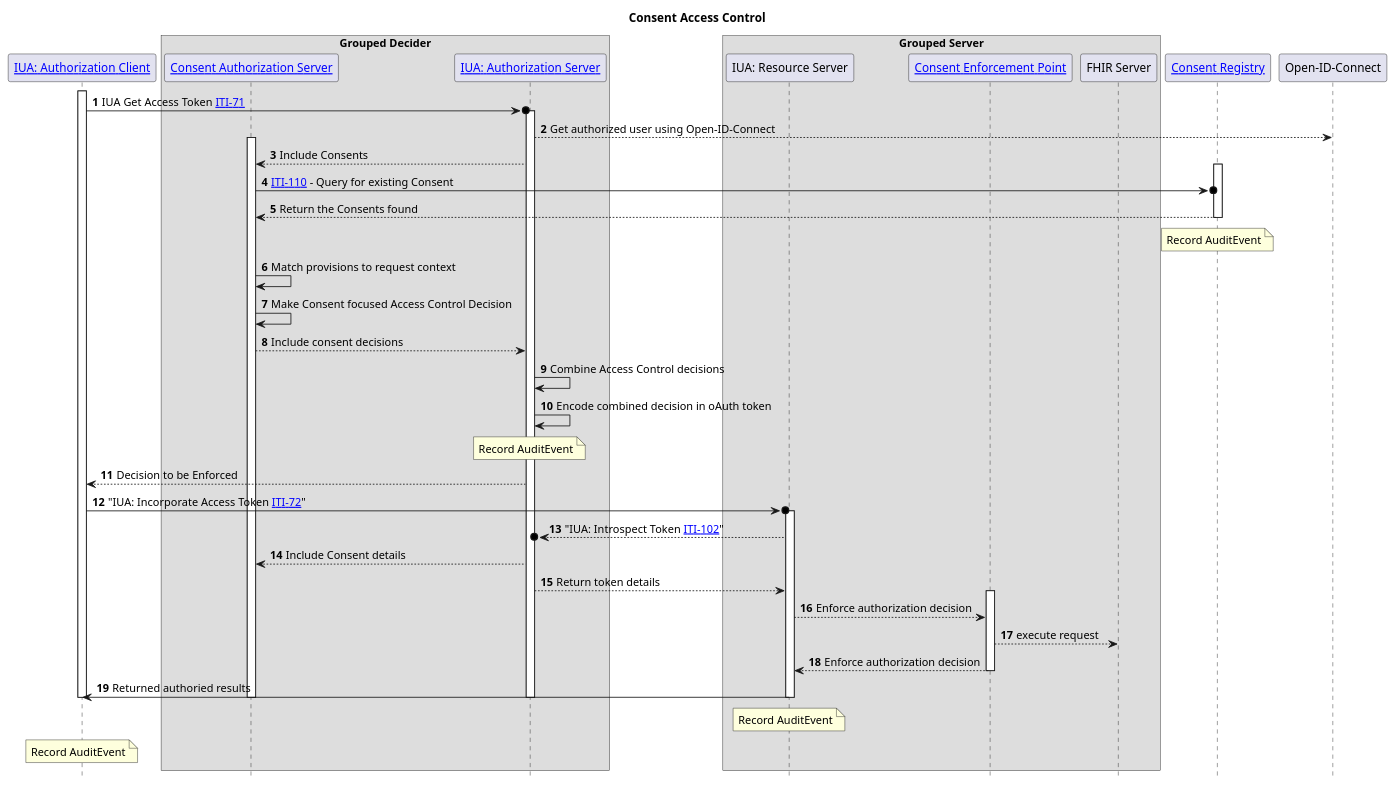
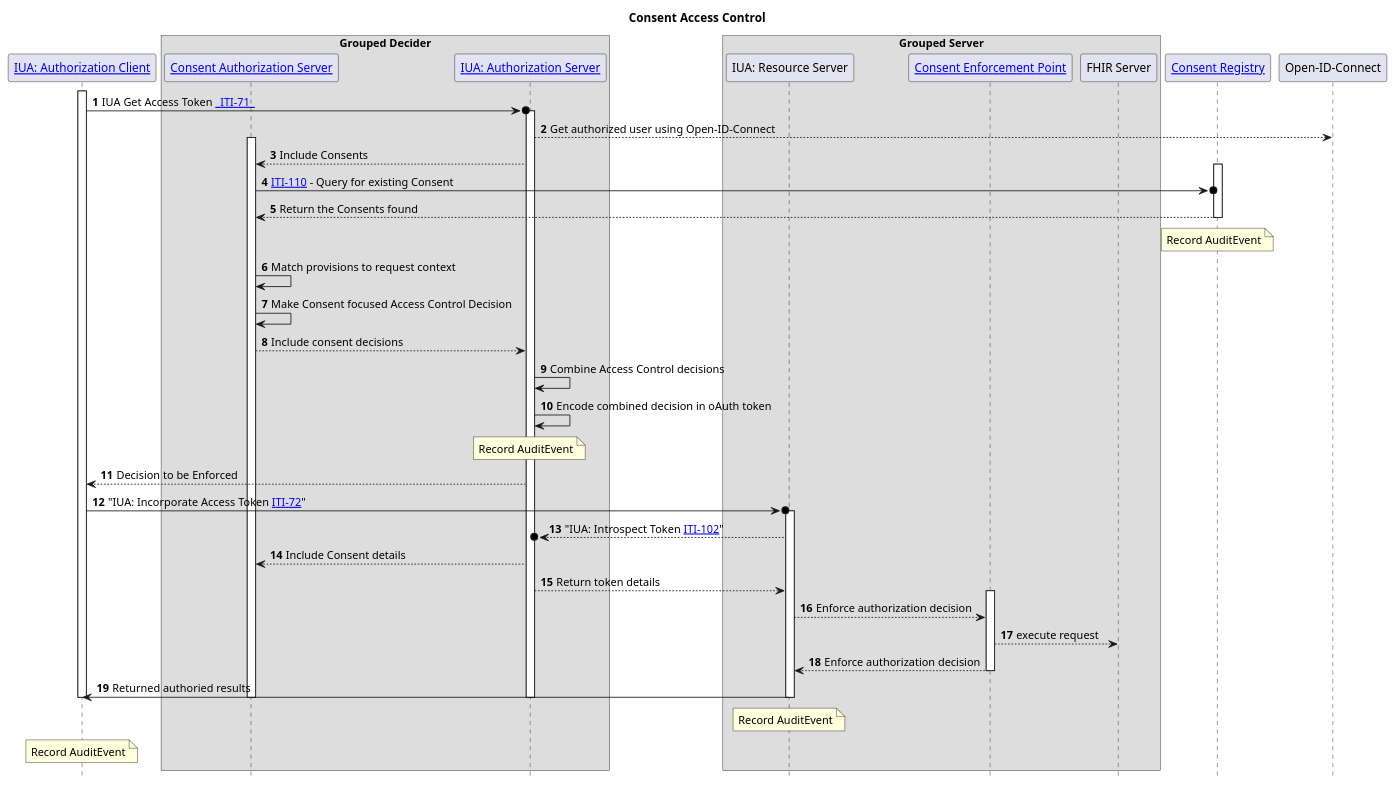
One commit to IHE/ITI.PCF changed the diagram in input/images-source/usecase3-processflow.plantuml. Above: the diagram before and after it, drawn with PlantUML. The commit also changed 5 other files, not shown here.

```diff
--- a/input/images-source/usecase3-processflow.plantuml
+++ b/input/images-source/usecase3-processflow.plantuml
@@ -1,61 +1,61 @@
 @startuml
 skinparam svgDimensionStyle false
 hide footbox
 autonumber
 title "Consent Access Control"
 participant "[[https://profiles.ihe.net/ITI/IUA/index.html#34111-authorization-client IUA: Authorization Client]]" as client
 box "Grouped Decider"
 participant "[[#consentAuthorizationServer Consent Authorization Server]]" as cdecider
 participant "[[https://profiles.ihe.net/ITI/IUA/index.html#34112-authorization-server IUA: Authorization Server]]" as decider
 end box
 box "Grouped Server"
 participant "IUA: Resource Server" as server
 participant "[[#consentEnforcementPoint Consent Enforcement Point]]" as enforcer
 participant "FHIR Server" as fhir
 end box
 participant "[[#consentRegistry Consent Registry]]" as registry
 participant "Open-ID-Connect" as oidc
 
 activate client
-client ->o decider : IUA Get Access Token [[https://profiles.ihe.net/ITI/IUA/index.html#371-get-access-token-iti-71 ITI-71]]
+client ->o decider : IUA Get Access Token [[other.html#updates-to-iti-71 _ITI-71_]]
 activate decider
 decider --> oidc : Get authorized user using Open-ID-Connect
 
 activate cdecider
 decider --> cdecider : Include Consents 
 activate registry
 cdecider ->o registry : [[ITI-110.html ITI-110]] - Query for existing Consent
 registry --> cdecider : Return the Consents found
 note over registry : Record AuditEvent
 deactivate registry
 
 cdecider -> cdecider : Match provisions to request context
 cdecider -> cdecider : Make Consent focused Access Control Decision
 decider <-- cdecider : Include consent decisions
 decider -> decider : Combine Access Control decisions
 decider -> decider : Encode combined decision in oAuth token
 note over decider : Record AuditEvent
 
 decider --> client:  Decision to be Enforced
 client ->o server : "IUA: Incorporate Access Token [[https://profiles.ihe.net/ITI/IUA/index.html#372-incorporate-access-token-iti-72 ITI-72]]"
 activate server
 server -->o decider : "IUA: Introspect Token [[https://profiles.ihe.net/ITI/IUA/index.html#3102-introspect-token-iti-102 ITI-102]]"
 decider --> cdecider: Include Consent details 
 server <-- decider: Return token details
 activate enforcer
 server --> enforcer: Enforce authorization decision
 
 enforcer --> fhir : execute request
 server <-- enforcer: Enforce authorization decision
 deactivate enforcer
 client <- server : Returned authoried results
 deactivate server
 deactivate cdecider
 deactivate decider 
 
 note over server : Record AuditEvent
 deactivate server
 
 note over client : Record AuditEvent
 deactivate client 
 @enduml
```
